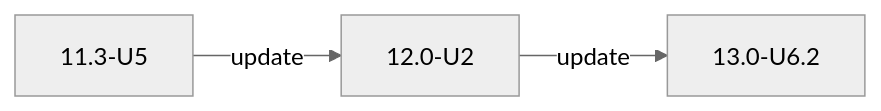
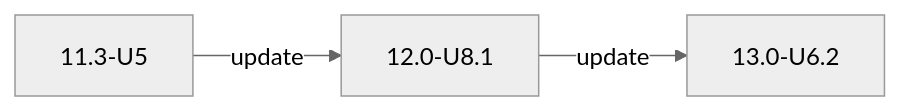
Before and after one commit to truenas/documentation: the second of 2 diagrams in static/includes/COREUpgradePaths.md, drawn with Mermaid (neutral theme). The commit also changed other lines of this file and 2 other files, not shown here.

```diff
--- a/static/includes/COREUpgradePaths.md
+++ b/static/includes/COREUpgradePaths.md
@@ -21,5 +21,5 @@
       {{< mermaid class="mermaid_sizing" >}}
       flowchart LR
-      A["11.3-U5"] -->|update| B["12.0-U2"]
+      A["11.3-U5"] -->|update| B["12.0-U8.1"]
       B -->|update| C["13.0-U6.2"]
       {{< /mermaid >}}
```
